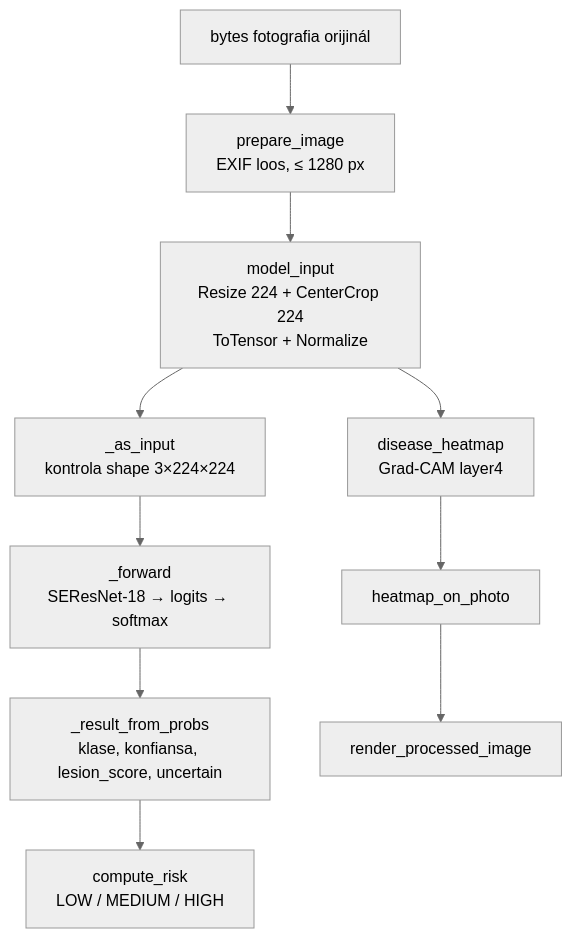
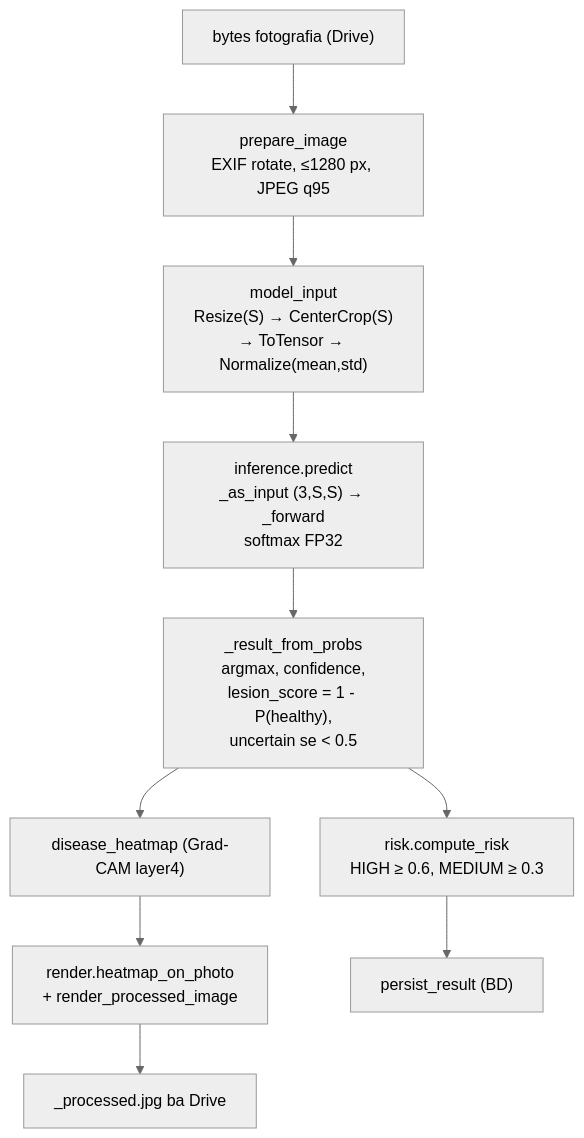
The second of 4 diagrams in documentation/technical_modules/src/05_machine_learning_model_module.md (AOD-collab/-crop-disease-ews), drawn with Mermaid (neutral theme) before and after one commit. The commit also changed other lines of this file and 41 other files, not shown here.

````diff
--- a/documentation/technical_modules/src/05_machine_learning_model_module.md
+++ b/documentation/technical_modules/src/05_machine_learning_model_module.md
@@ -89,11 +187,12 @@
 ```mermaid
 flowchart TD
-    B[bytes fotografia orijinál] --> P[prepare_image<br/>EXIF loos, ≤ 1280 px]
-    P --> MI[model_input<br/>Resize 224 + CenterCrop 224<br/>ToTensor + Normalize]
-    MI --> AI[_as_input<br/>kontrola shape 3×224×224]
-    AI --> FW[_forward<br/>SEResNet-18 → logits → softmax]
-    FW --> RP[_result_from_probs<br/>klase, konfiansa, lesion_score, uncertain]
-    RP --> CR[compute_risk<br/>LOW / MEDIUM / HIGH]
-    MI --> GC[disease_heatmap<br/>Grad-CAM layer4]
-    GC --> HP[heatmap_on_photo] --> RN[render_processed_image]
+    A["bytes fotografia (Drive)"] --> B["prepare_image<br/>EXIF rotate, ≤1280 px, JPEG q95"]
+    B --> C["model_input<br/>Resize(S) → CenterCrop(S)<br/>→ ToTensor → Normalize(mean,std)"]
+    C --> D["inference.predict<br/>_as_input (3,S,S) → _forward<br/>softmax FP32"]
+    D --> E["_result_from_probs<br/>argmax, confidence,<br/>lesion_score = 1 - P(healthy),<br/>uncertain se < 0.5"]
+    E --> F["risk.compute_risk<br/>HIGH ≥ 0.6, MEDIUM ≥ 0.3"]
+    E --> G["disease_heatmap (Grad-CAM layer4)"]
+    G --> H["render.heatmap_on_photo<br/>+ render_processed_image"]
+    F --> I["persist_result (BD)"]
+    H --> J["_processed.jpg ba Drive"]
 ```
````
